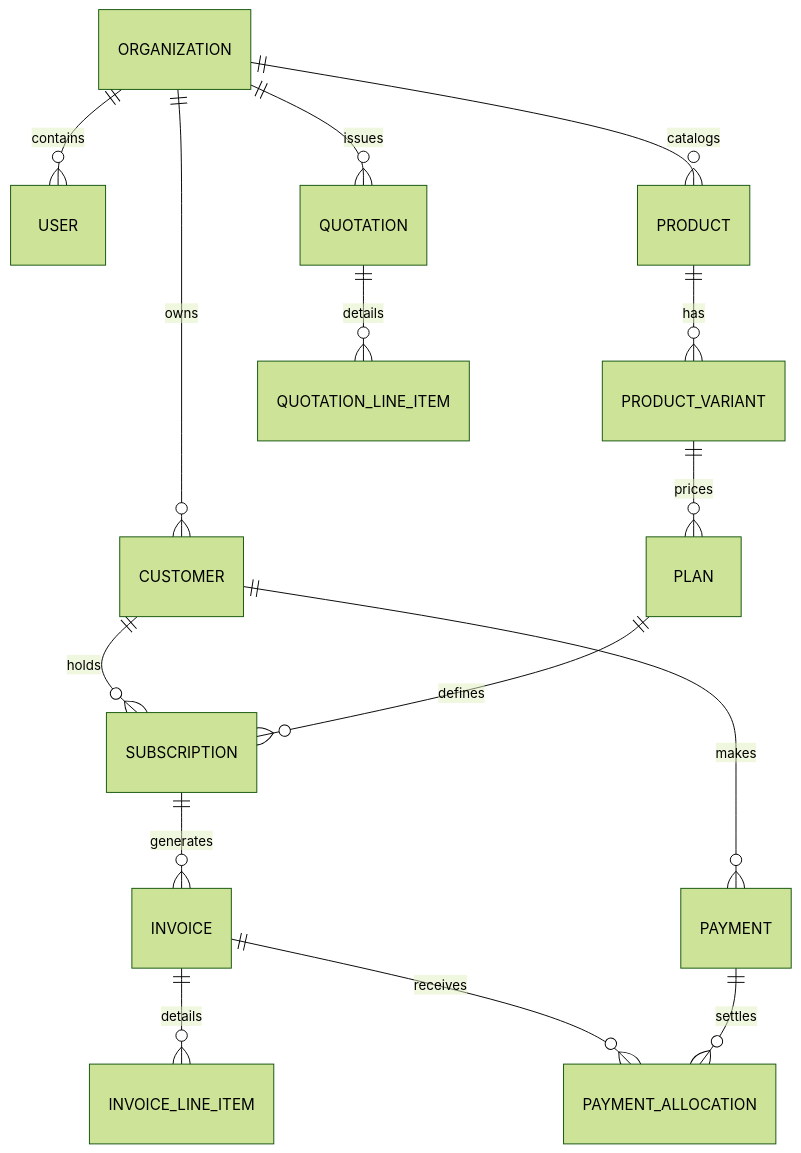
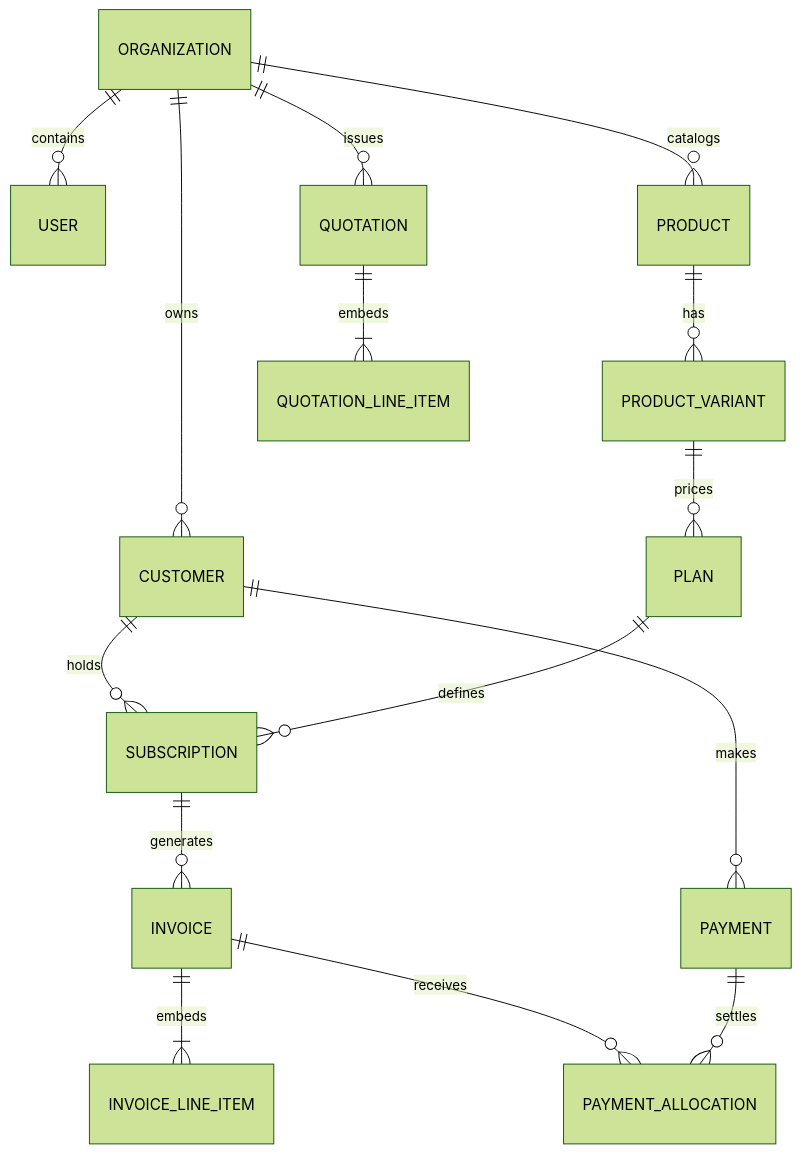
One commit to lucky5111397/BillNest changed the diagram in docs/architecture/database-design.md. Above: the diagram before and after it, drawn with Mermaid (forest theme). The commit also changed other lines of this file and 21 other files, not shown here.

````diff
--- a/docs/architecture/database-design.md
+++ b/docs/architecture/database-design.md
@@ -17,17 +20,17 @@
 ```mermaid
 erDiagram
     ORGANIZATION ||--o{ USER : contains
     ORGANIZATION ||--o{ CUSTOMER : owns
     ORGANIZATION ||--o{ PRODUCT : catalogs
     PRODUCT ||--o{ PRODUCT_VARIANT : has
     PRODUCT_VARIANT ||--o{ PLAN : prices
     CUSTOMER ||--o{ SUBSCRIPTION : holds
     PLAN ||--o{ SUBSCRIPTION : defines
     SUBSCRIPTION ||--o{ INVOICE : generates
-    INVOICE ||--o{ INVOICE_LINE_ITEM : details
+    INVOICE ||--|{ INVOICE_LINE_ITEM : embeds
     INVOICE ||--o{ PAYMENT_ALLOCATION : receives
     PAYMENT ||--o{ PAYMENT_ALLOCATION : settles
     CUSTOMER ||--o{ PAYMENT : makes
     ORGANIZATION ||--o{ QUOTATION : issues
-    QUOTATION ||--o{ QUOTATION_LINE_ITEM : details
+    QUOTATION ||--|{ QUOTATION_LINE_ITEM : embeds
 ```
````
